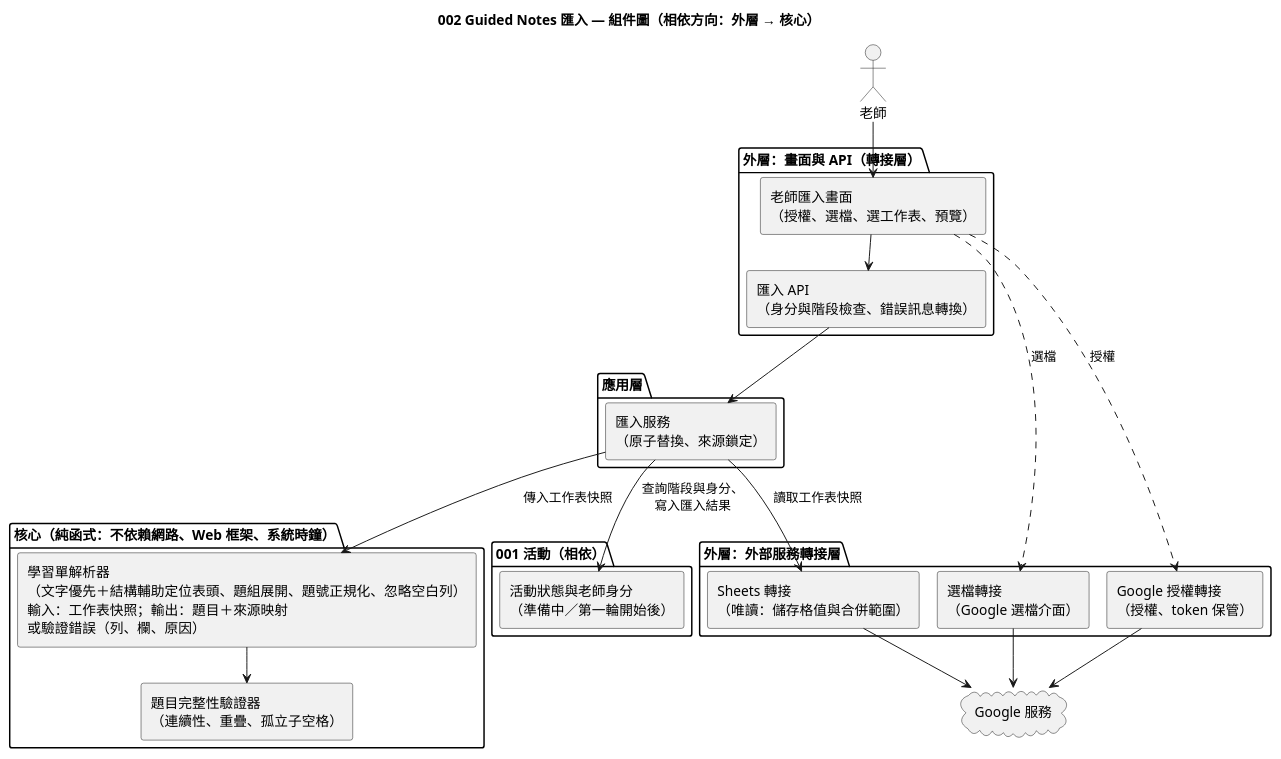
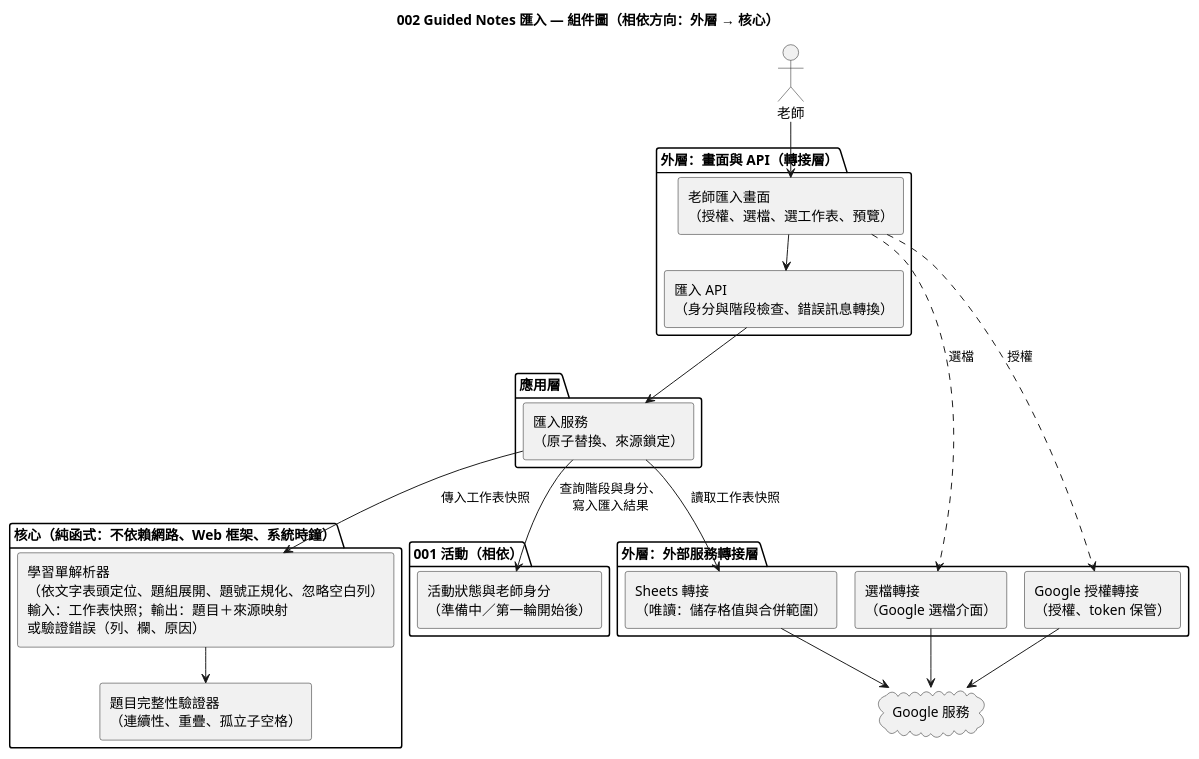
Before and after one commit to EricC430/lecture-answer-first_group16_speckit: the diagram in diagrams/002-guided-notes-import-component.puml, drawn with PlantUML. The commit also changed 8 other files, not shown here.

```diff
--- a/diagrams/002-guided-notes-import-component.puml
+++ b/diagrams/002-guided-notes-import-component.puml
@@ -1,47 +1,47 @@
 @startuml 002-guided-notes-import-component
 !pragma layout smetana
 skinparam defaultFontName "Microsoft JhengHei"
 skinparam componentStyle rectangle
 title 002 Guided Notes 匯入 — 組件圖（相依方向：外層 → 核心）
 
 actor "老師" as Teacher
 
 package "外層：畫面與 API（轉接層）" {
   [老師匯入畫面\n（授權、選檔、選工作表、預覽）] as UI
   [匯入 API\n（身分與階段檢查、錯誤訊息轉換）] as Api
 }
 
 package "應用層" {
   [匯入服務\n（原子替換、來源鎖定）] as ImportService
 }
 
 package "核心（純函式：不依賴網路、Web 框架、系統時鐘）" {
-  [學習單解析器\n（文字優先＋結構輔助定位表頭、題組展開、題號正規化、忽略空白列）\n輸入：工作表快照；輸出：題目＋來源映射\n或驗證錯誤（列、欄、原因）] as Parser
+  [學習單解析器\n（依文字表頭定位、題組展開、題號正規化、忽略空白列）\n輸入：工作表快照；輸出：題目＋來源映射\n或驗證錯誤（列、欄、原因）] as Parser
   [題目完整性驗證器\n（連續性、重疊、孤立子空格）] as Validator
 }
 
 package "外層：外部服務轉接層" {
   [Google 授權轉接\n（授權、token 保管）] as AuthAdapter
   [選檔轉接\n（Google 選檔介面）] as PickerAdapter
   [Sheets 轉接\n（唯讀：儲存格值與合併範圍）] as SheetsAdapter
 }
 
 package "001 活動（相依）" {
   [活動狀態與老師身分\n（準備中／第一輪開始後）] as Activity
 }
 
 cloud "Google 服務" as Google
 
 Teacher --> UI
 UI --> Api
 UI ..> PickerAdapter : 選檔
 UI ..> AuthAdapter : 授權
 Api --> ImportService
 ImportService --> Activity : 查詢階段與身分、\n寫入匯入結果
 ImportService --> SheetsAdapter : 讀取工作表快照
 ImportService --> Parser : 傳入工作表快照
 Parser --> Validator
 SheetsAdapter --> Google
 AuthAdapter --> Google
 PickerAdapter --> Google
 @enduml
```
